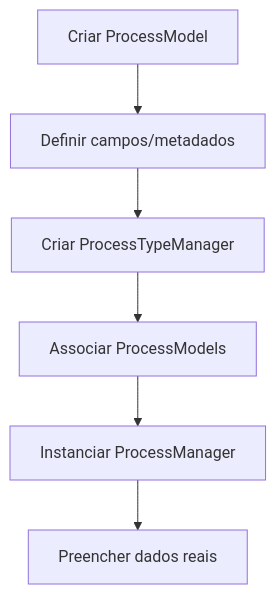
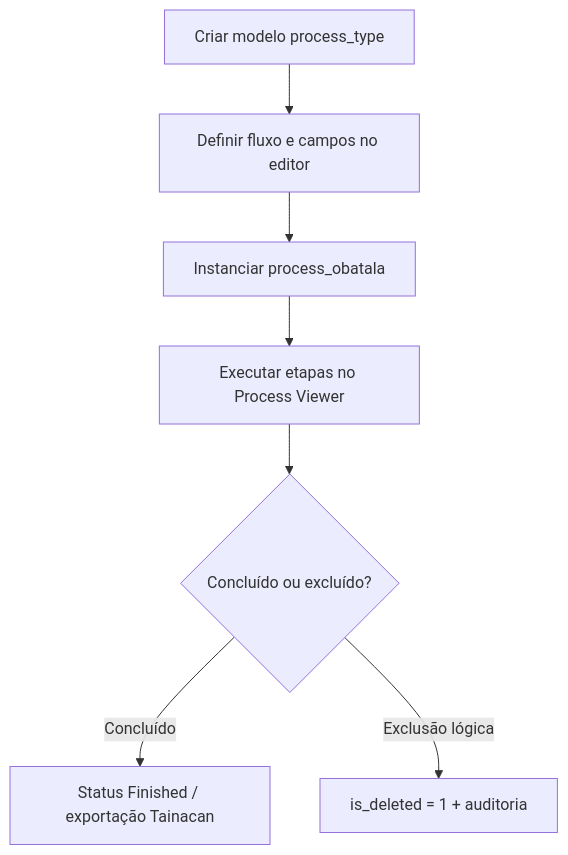
The first of 2 diagrams in mk-docs/docs/posts-customizados.md (Nocs-lab/Obatala), drawn with Mermaid before and after one commit. The commit also changed other lines of this file and 28 other files, not shown here.

Commit message:
Ajustes no componente de texto rico e inserção da opção de exclusão lógica de processos, mantendo informações de quem excluiu

````diff
--- a/mk-docs/docs/posts-customizados.md
+++ b/mk-docs/docs/posts-customizados.md
@@ -52,8 +38,9 @@
 ```mermaid
 flowchart TD
-    A[Criar ProcessModel] --> B[Definir campos/metadados]
-    B --> C[Criar ProcessTypeManager]
-    C --> D[Associar ProcessModels]
-    D --> E[Instanciar ProcessManager]
-    E --> F[Preencher dados reais]
+    A[Criar modelo process_type] --> B[Definir fluxo e campos no editor]
+    B --> C[Instanciar process_obatala]
+    C --> D[Executar etapas no Process Viewer]
+    D --> E{Concluído ou excluído?}
+    E -->|Concluído| F[Status Finished / exportação Tainacan]
+    E -->|Exclusão lógica| G[is_deleted = 1 + auditoria]
 ```
````
